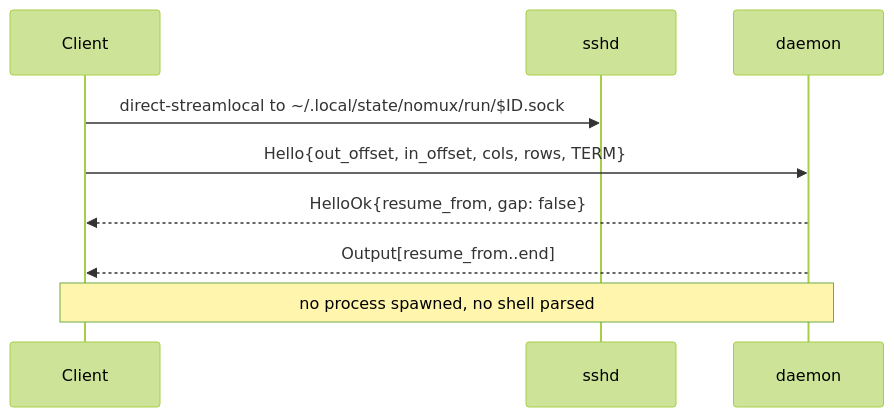
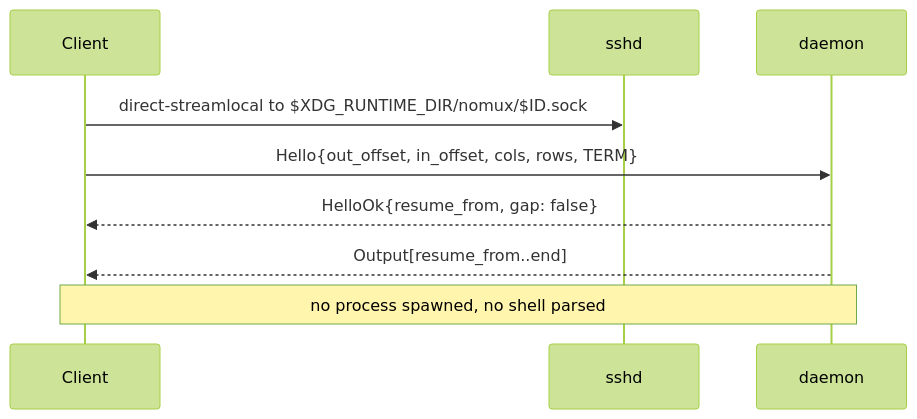
The third of 4 diagrams in DESIGN.md (fornwall/nomux), drawn with Mermaid (forest theme) before and after one commit. The commit also changed other lines of this file and 19 other files, not shown here.

````diff
--- a/DESIGN.md
+++ b/DESIGN.md
@@ -207,11 +207,11 @@
 ```mermaid
 sequenceDiagram
   participant C as Client
   participant S as sshd
   participant D as daemon
-  C->>S: direct-streamlocal to ~/.local/state/nomux/run/$ID.sock
+  C->>S: direct-streamlocal to $XDG_RUNTIME_DIR/nomux/$ID.sock
   C->>D: Hello{out_offset, in_offset, cols, rows, TERM}
   D-->>C: HelloOk{resume_from, gap: false}
   D-->>C: Output[resume_from..end]
   Note over C,D: no process spawned, no shell parsed
 ```
````
